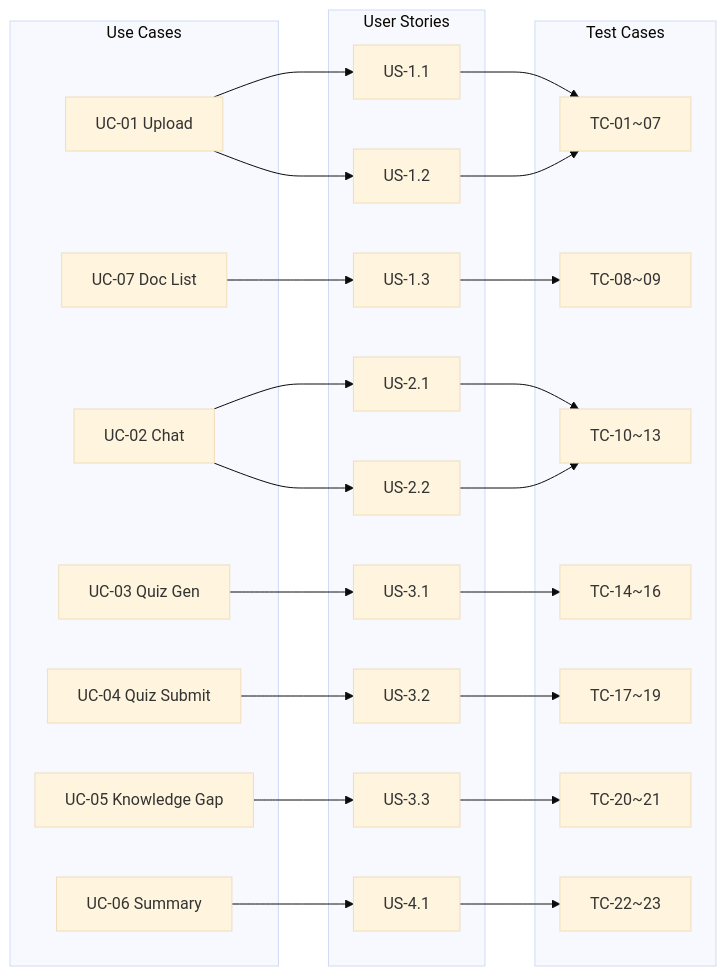
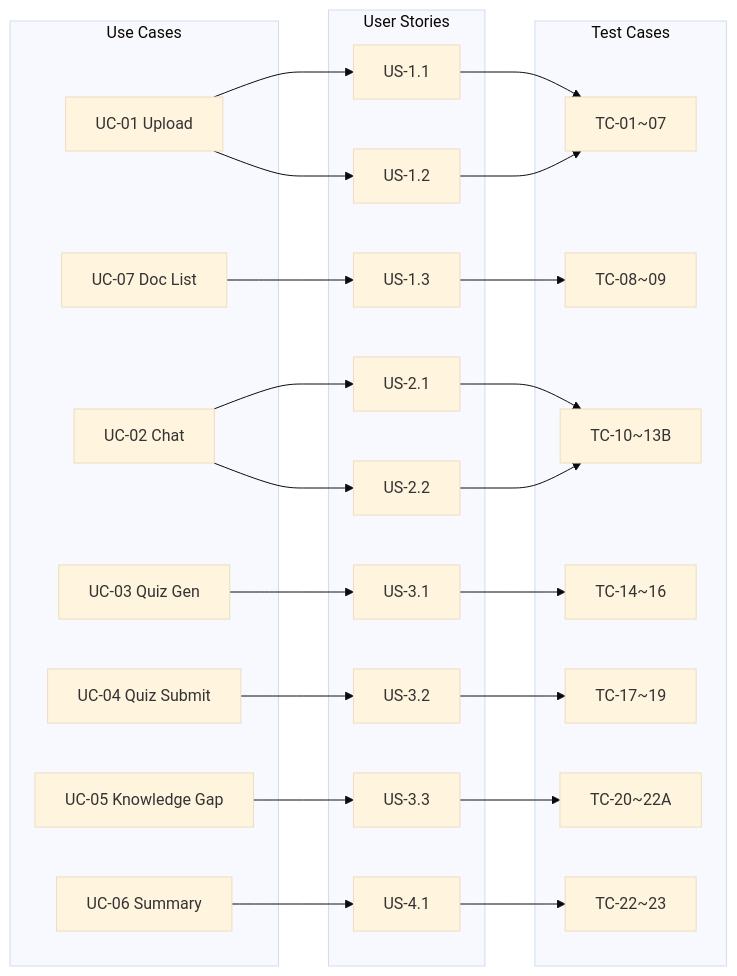
Before and after one commit to johnmak101-ops/RevisionApp: the diagram in docs/en/TRACEABILITY_MATRIX.md, drawn with Mermaid (base theme). The commit also changed other lines of this file and 36 other files, not shown here.

````diff
--- a/docs/en/TRACEABILITY_MATRIX.md
+++ b/docs/en/TRACEABILITY_MATRIX.md
@@ -132,54 +133,54 @@
 ```mermaid
 graph LR
     subgraph Use Cases
         UC1["UC-01 Upload"]
         UC2["UC-02 Chat"]
         UC3["UC-03 Quiz Gen"]
         UC4["UC-04 Quiz Submit"]
         UC5["UC-05 Knowledge Gap"]
         UC6["UC-06 Summary"]
         UC7["UC-07 Doc List"]
     end
     
     subgraph User Stories
         US11["US-1.1"]
         US12["US-1.2"]
         US13["US-1.3"]
         US21["US-2.1"]
         US22["US-2.2"]
         US31["US-3.1"]
         US32["US-3.2"]
         US33["US-3.3"]
         US41["US-4.1"]
     end
     
     subgraph Test Cases
         TC01["TC-01~07"]
         TC08["TC-08~09"]
-        TC10["TC-10~13"]
+        TC10["TC-10~13B"]
         TC14["TC-14~16"]
         TC17["TC-17~19"]
-        TC20["TC-20~21"]
+        TC20["TC-20~22A"]
         TC22["TC-22~23"]
     end
     
     UC1 --> US11
     UC1 --> US12
     UC7 --> US13
     UC2 --> US21
     UC2 --> US22
     UC3 --> US31
     UC4 --> US32
     UC5 --> US33
     UC6 --> US41
     
     US11 --> TC01
     US12 --> TC01
     US13 --> TC08
     US21 --> TC10
     US22 --> TC10
     US31 --> TC14
     US32 --> TC17
     US33 --> TC20
     US41 --> TC22
 ```
````
